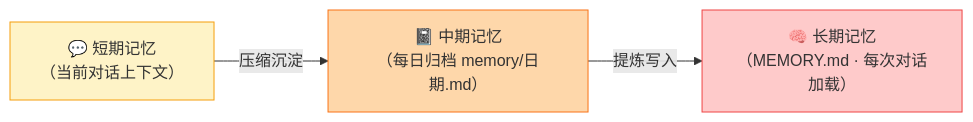
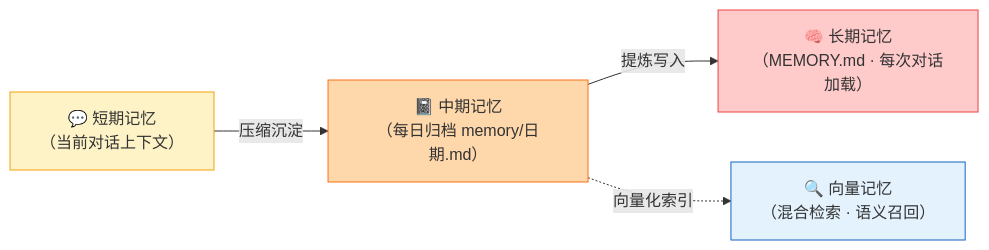
The fourth of 23 diagrams in AI/openClaw/OpenClaw从零认知.md (shinegz/Notes), drawn with Mermaid before and after one commit. The commit also changed other lines of this file and 4 other files, not shown here.

````diff
--- a/AI/openClaw/OpenClaw从零认知.md
+++ b/AI/openClaw/OpenClaw从零认知.md
@@ -268,9 +287,11 @@
 ```mermaid
 flowchart LR
   L1["💬 短期记忆<br>（当前对话上下文）"] -->|"压缩沉淀"| L2["📓 中期记忆<br>（每日归档 memory/日期.md）"]
   L2 -->|"提炼写入"| L3["🧠 长期记忆<br>（MEMORY.md · 每次对话加载）"]
+  L2 -.->|"向量化索引"| VEC["🔍 向量记忆<br>（混合检索 · 语义召回）"]
 
   style L1 fill:#fef3c7,stroke:#f59e0b
   style L2 fill:#fed7aa,stroke:#f97316
   style L3 fill:#fecaca,stroke:#ef4444
+  style VEC fill:#E3F2FD,stroke:#1565C0
 ```
````
